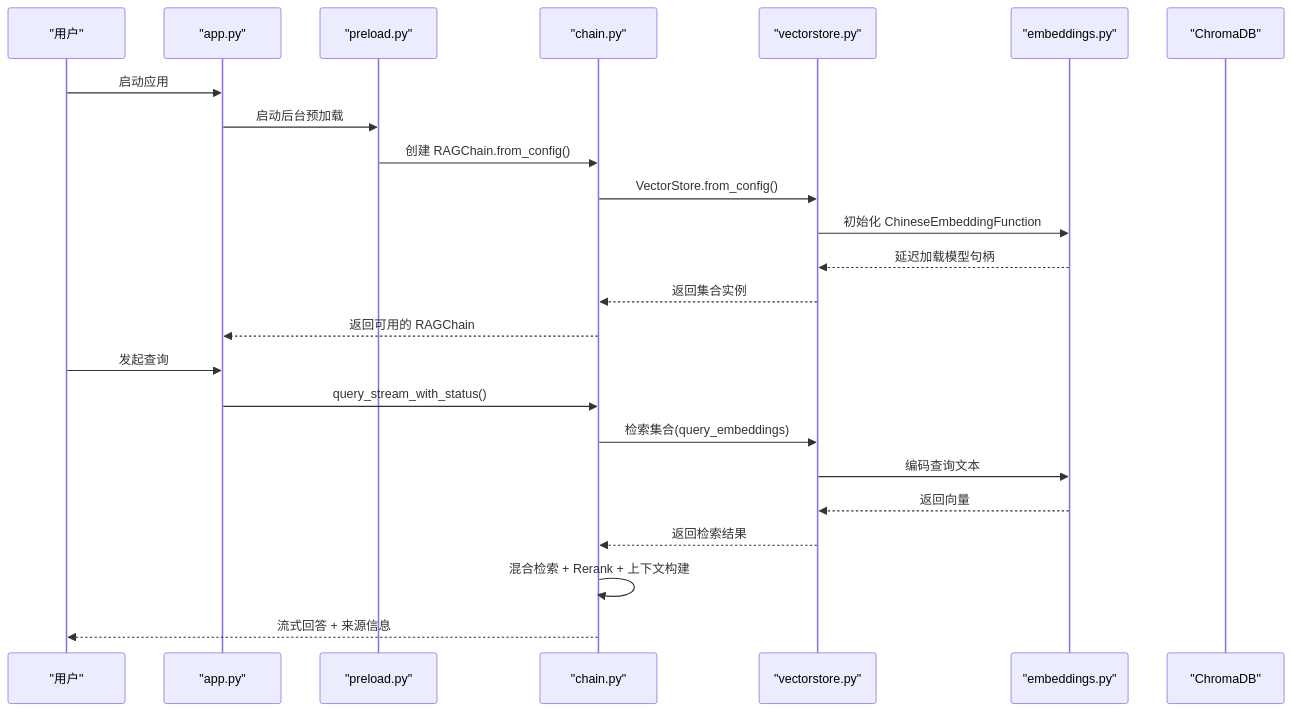
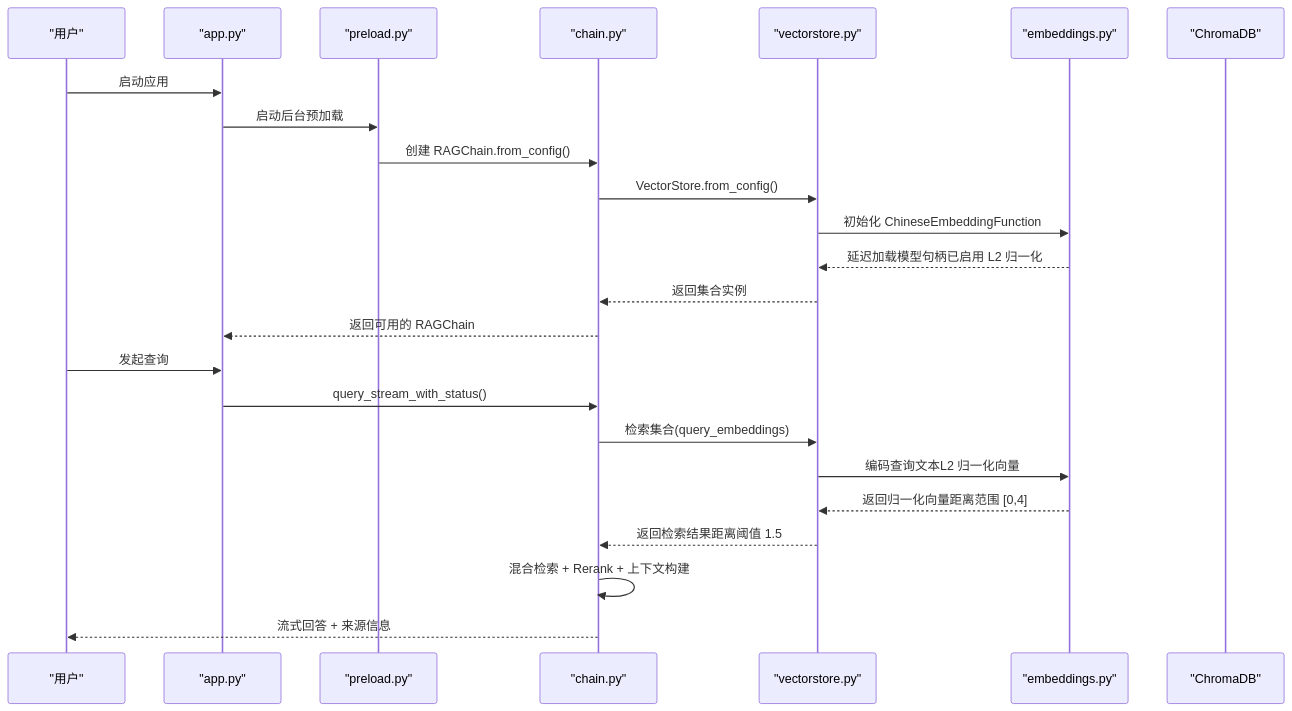
The second of 8 diagrams in .qoder/repowiki/zh/content/RAG核心引擎/嵌入模型集成.md (joyafa/knowledge), drawn with Mermaid before and after one commit. The commit also changed other lines of this file and 20 other files, not shown here.

````diff
--- a/.qoder/repowiki/zh/content/RAG核心引擎/嵌入模型集成.md
+++ b/.qoder/repowiki/zh/content/RAG核心引擎/嵌入模型集成.md
@@ -111,26 +120,26 @@
 ```mermaid
 sequenceDiagram
 participant User as "用户"
 participant App as "app.py"
 participant Preload as "preload.py"
 participant Chain as "chain.py"
 participant VS as "vectorstore.py"
 participant EMB as "embeddings.py"
 participant Chroma as "ChromaDB"
 User->>App : 启动应用
 App->>Preload : 启动后台预加载
 Preload->>Chain : 创建 RAGChain.from_config()
 Chain->>VS : VectorStore.from_config()
 VS->>EMB : 初始化 ChineseEmbeddingFunction
-EMB-->>VS : 延迟加载模型句柄
+EMB-->>VS : 延迟加载模型句柄已启用 L2 归一化
 VS-->>Chain : 返回集合实例
 Chain-->>App : 返回可用的 RAGChain
 User->>App : 发起查询
 App->>Chain : query_stream_with_status()
 Chain->>VS : 检索集合(query_embeddings)
-VS->>EMB : 编码查询文本
-EMB-->>VS : 返回向量
-VS-->>Chain : 返回检索结果
+VS->>EMB : 编码查询文本L2 归一化向量
+EMB-->>VS : 返回归一化向量距离范围 [0,4]
+VS-->>Chain : 返回检索结果距离阈值 1.5
 Chain->>Chain : 混合检索 + Rerank + 上下文构建
 Chain-->>User : 流式回答 + 来源信息
 ```
````
